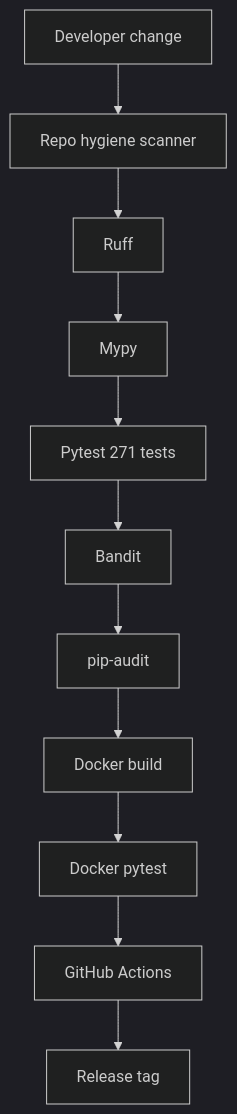
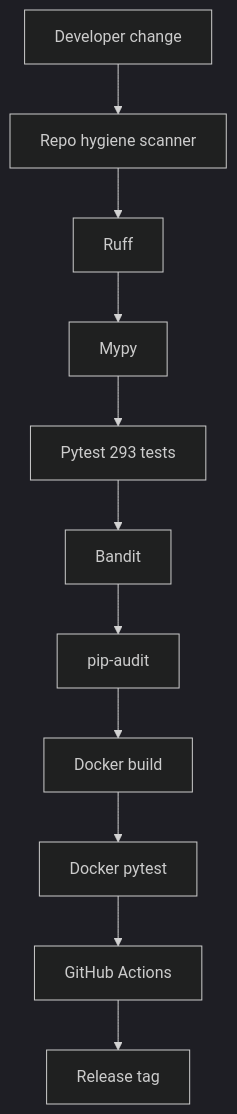
The fourth of 5 diagrams in docs/architecture.md (codethor0/llm-agent-control-plane-lab), drawn with Mermaid (dark theme) before and after one commit. The commit also changed other lines of this file and 12 other files, not shown here.

````diff
--- a/docs/architecture.md
+++ b/docs/architecture.md
@@ -119,16 +119,16 @@
 ```mermaid
 flowchart TD
   ch[Developer change]
   rh[Repo hygiene scanner]
   rf[Ruff]
   my[Mypy]
-  py[Pytest 271 tests]
+  py[Pytest 293 tests]
   bd[Bandit]
   pa[pip-audit]
   dk[Docker build]
   dt[Docker pytest]
   ga[GitHub Actions]
   rel[Release tag]
 
   ch --> rh --> rf --> my --> py --> bd --> pa --> dk --> dt --> ga --> rel
 ```
````
